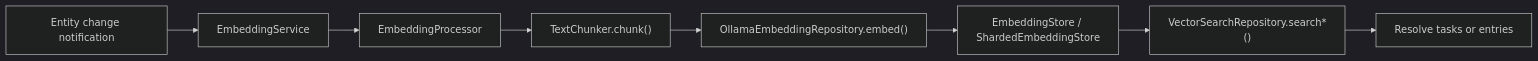
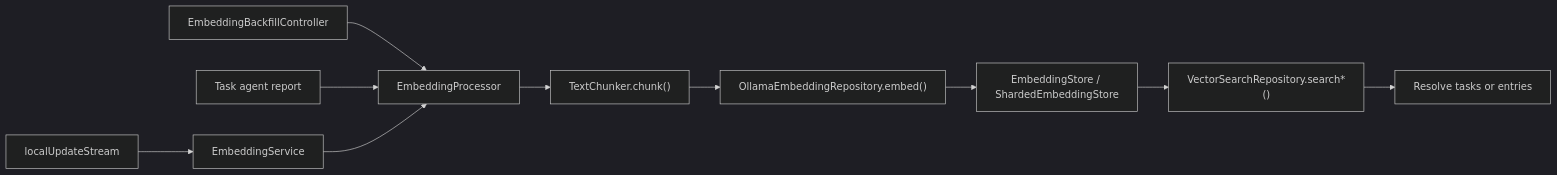
Before and after one commit to matthiasn/lotti: the first of 3 diagrams in knowledge/features/ai/embeddings-and-search.md, drawn with Mermaid (dark theme). The commit also changed other lines of this file and 17 other files, not shown here.

````diff
--- a/knowledge/features/ai/embeddings-and-search.md
+++ b/knowledge/features/ai/embeddings-and-search.md
@@ -32,10 +53,12 @@
 ```mermaid
 flowchart LR
-  Change["Entity change notification"] --> Service["EmbeddingService"]
+  Change["localUpdateStream"] --> Service["EmbeddingService"]
+  Backfill["EmbeddingBackfillController"] --> Extract
+  Report["Task agent report"] --> Extract
   Service --> Extract["EmbeddingProcessor"]
   Extract --> Chunk["TextChunker.chunk()"]
   Chunk --> Embed["OllamaEmbeddingRepository.embed()"]
   Embed --> Store["EmbeddingStore / ShardedEmbeddingStore"]
   Store --> Search["VectorSearchRepository.search*()"]
   Search --> Resolve["Resolve tasks or entries"]
 ```
````
